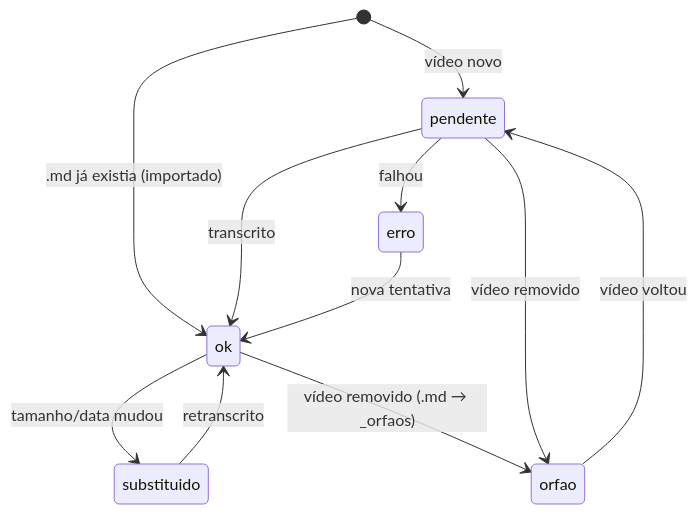
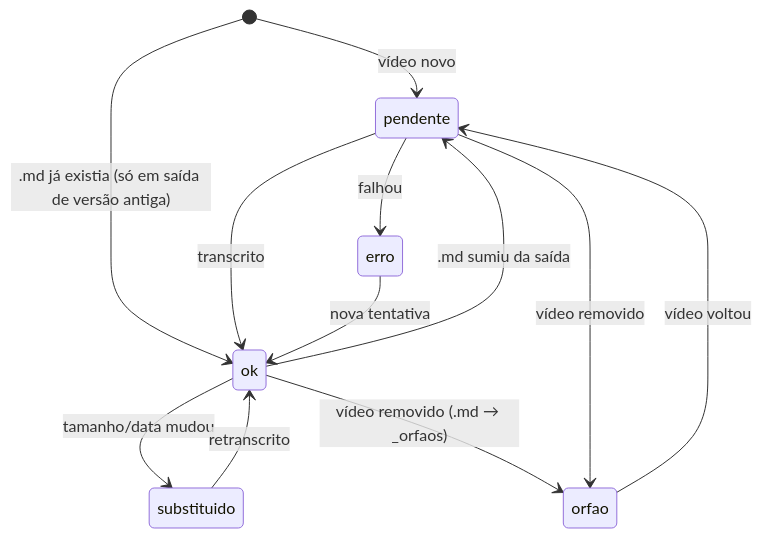
Before and after one commit to nicorosseto/transcritor-local: the third of 3 diagrams in docs/ARQUITETURA.md, drawn with Mermaid. The commit also changed other lines of this file and 10 other files, not shown here.

First line of the commit message:
docs: status por achado, ADR-013/014, historico v0.1.2 e roadmap de formatos

````diff
--- a/docs/ARQUITETURA.md
+++ b/docs/ARQUITETURA.md
@@ -98,13 +102,14 @@
 ```mermaid
 stateDiagram-v2
     [*] --> pendente: vídeo novo
-    [*] --> ok: .md já existia (importado)
+    [*] --> ok: .md já existia (só em saída de versão antiga)
     pendente --> ok: transcrito
     pendente --> erro: falhou
     erro --> ok: nova tentativa
     ok --> substituido: tamanho/data mudou
+    ok --> pendente: .md sumiu da saída
     substituido --> ok: retranscrito
     ok --> orfao: vídeo removido (.md → _orfaos)
     pendente --> orfao: vídeo removido
     orfao --> pendente: vídeo voltou
 ```
````
